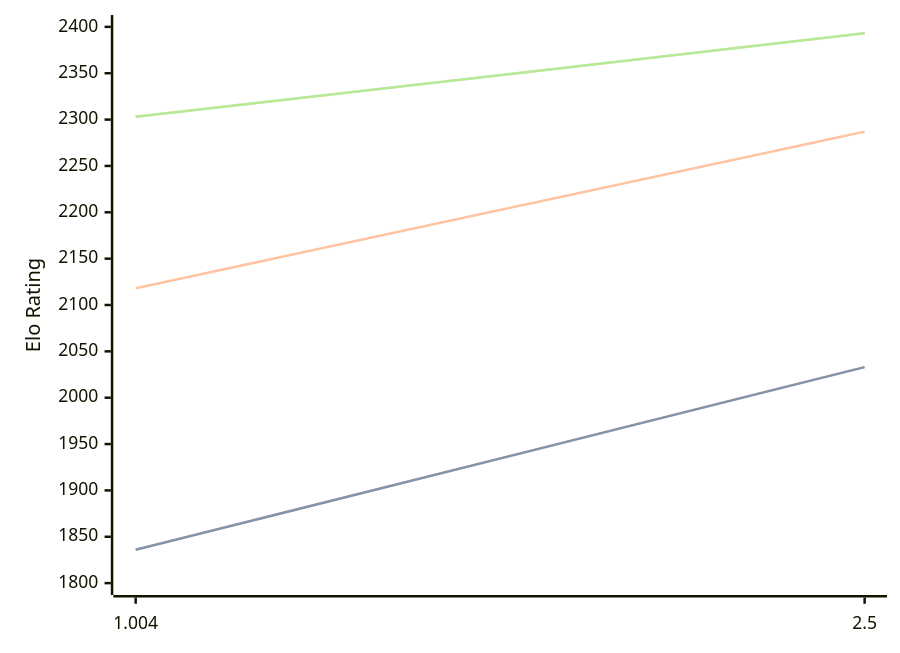
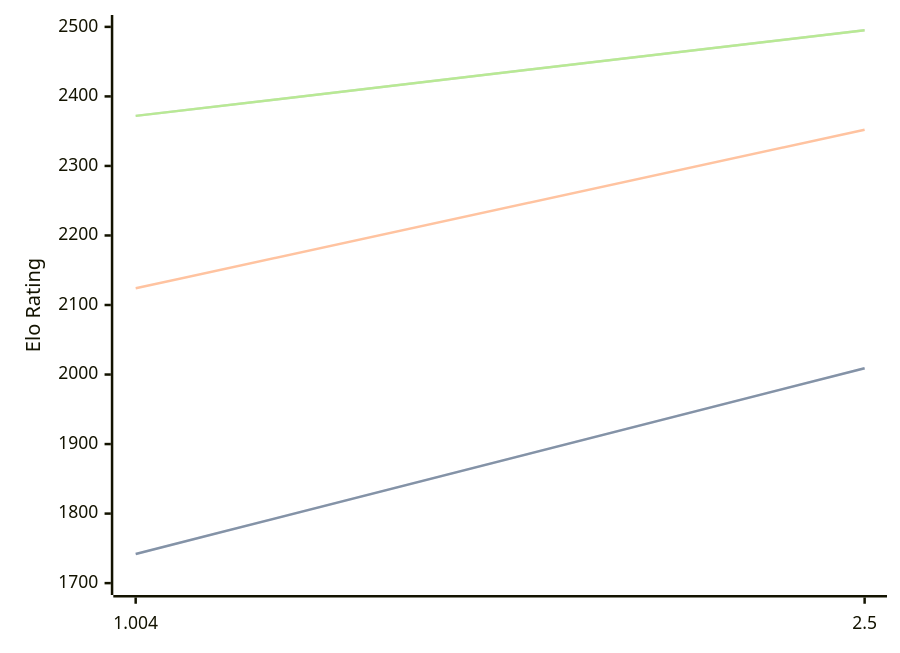
The diagram in engines/Ares.md (computer-chess-index/cci), drawn with Mermaid before and after one commit. The commit also changed other lines of this file, not shown here.

Commit message:
Update CCI Ratings (ELO VLTC) - 2026-02-24

````diff
--- a/engines/Ares.md
+++ b/engines/Ares.md
@@ -29,11 +30,11 @@
 ```mermaid
 %%{init: {"theme":"base","themeVariables":{"seriesColors:['#a3a3a3','#222221','#faa371']}}}%%
 xychart-beta
   x-axis ["1.004", "2.5"]
-  y-axis "Elo Rating" 1800 --> 2400
-  line "STC (8.0+0.08s)" [1836, 2033]
-  line "STC (8.0+0.08s)" [1836, 2033]
-  line "LTC (60.0+0.60s)" [2118, 2287]
-  line "VLTC (2m24s+1.12s)" [2303, 2393]
-  line "VLTC (2m24s+1.12s)" [2303, 2393]
+  y-axis "Elo Rating" 1700 --> 2500
+  line "STC (8.0+0.08s)" [1742, 2009]
+  line "STC (8.0+0.08s)" [1742, 2009]
+  line "LTC (60.0+0.60s)" [2124, 2352]
+  line "VLTC (2m24s+1.12s)" [2372, 2495]
+  line "VLTC (2m24s+1.12s)" [2372, 2495]
 ```
````
